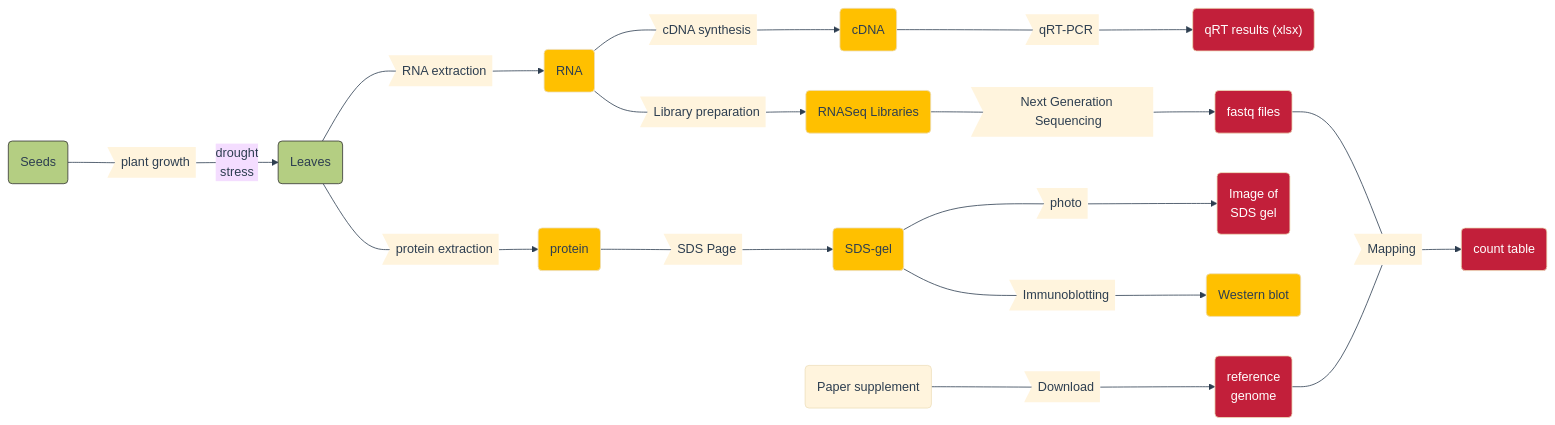
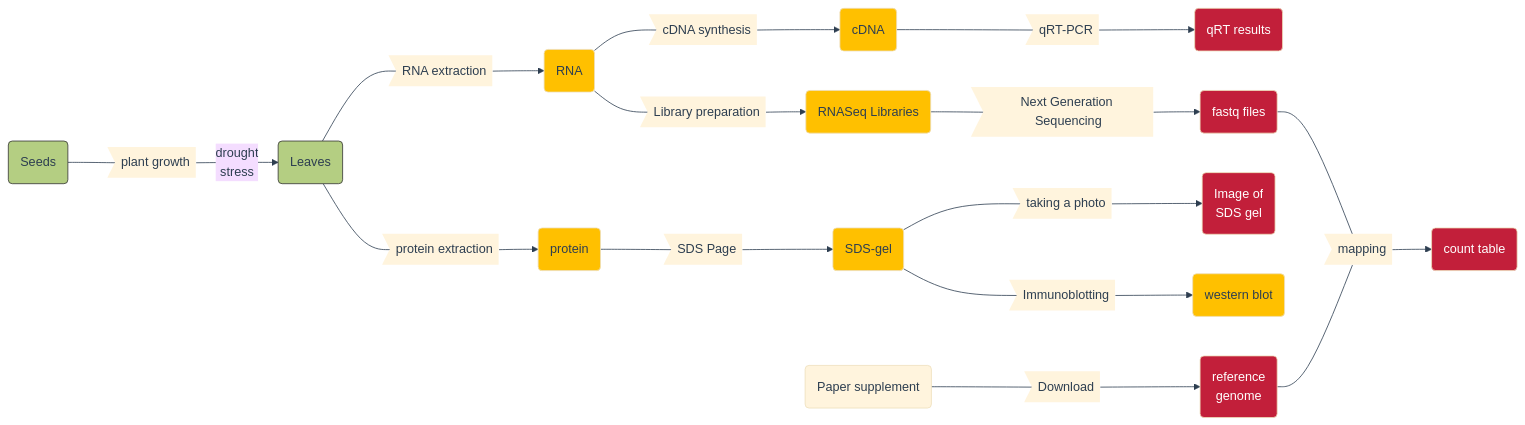
The fourth of 6 diagrams in src/docs/guides/ARC-practical-entry.md (nfdi4plants/nfdi4plants.knowledgebase), drawn with Mermaid before and after one commit. The commit also changed other lines of this file, not shown here.

````diff
--- a/src/docs/guides/ARC-practical-entry.md
+++ b/src/docs/guides/ARC-practical-entry.md
@@ -257,78 +257,78 @@
 ```mermaid
 
 %%{
   init: {
     'theme': 'base',
     'themeVariables': {
       'background': '#fff',
       'lineColor': '#2d3e50',
       'primaryTextColor': '#2d3e50'
     }
   }
 }%%
 
 
 graph LR
 
 %% Nodes
   S1(Seeds)
 
   S2(Leaves)
   
   M1(RNA)
   M2(protein)
   M3(cDNA)
   M4(RNASeq Libraries)
   M5(SDS-gel)
-  M6(Western blot)
+  M6(western blot)
   
   P1>plant growth]
   P2>RNA extraction]
   P3>protein extraction]
   P4>cDNA synthesis]
   P5>qRT-PCR]
   P6>Library preparation]
   P7>Next Generation Sequencing]
   P8>SDS Page]
-  P9>photo]
+  P9>taking a photo]
   P10>Immunoblotting]
-  P11>Mapping]
+  P11>mapping]
   
-  D1("qRT results (xlsx)")
+  D1("qRT results")
   D2(fastq files)
   D3(Image of \n SDS gel)
   D4(reference \n genome)
   D5(count table)  
 
 %% Links
     S1 ---P1--drought\nstress--> S2
     P12>Download]
     x(Paper supplement) ---P12--> D4
 
   S2 ---P2--> M1
   S2 ---P3--> M2
   M1 ---P4--> M3
   M3 ---P5--> D1
   M1 ---P6--> M4
   M4 ---P7--> D2
   D2 --- P11
   D4 --- P11
   P11 --> D5
   M2 ---P8--> M5
   M5 ---P9--> D3
   M5 ---P10--> M6
 
 
 %% Defining node styles
   classDef S fill:#b4ce82, stroke:#333;
   classDef M fill:#ffc000;
   classDef D fill:#c21f3a,color:white;
   classDef P stroke-width:0px;  
 
 %% Assigning styles to nodes
   class Sx,S1,S2,S4 S;
   class Mx,M1,M2,M3,M4,M5,M6 M;
   class Dx,D1,D2,D3,D4,D5 D;
   class Px,P1,P2,P3,P4,P5,P6,P7,P8,P9,P10,P11,P12,P13 P;
 
 ```
````
